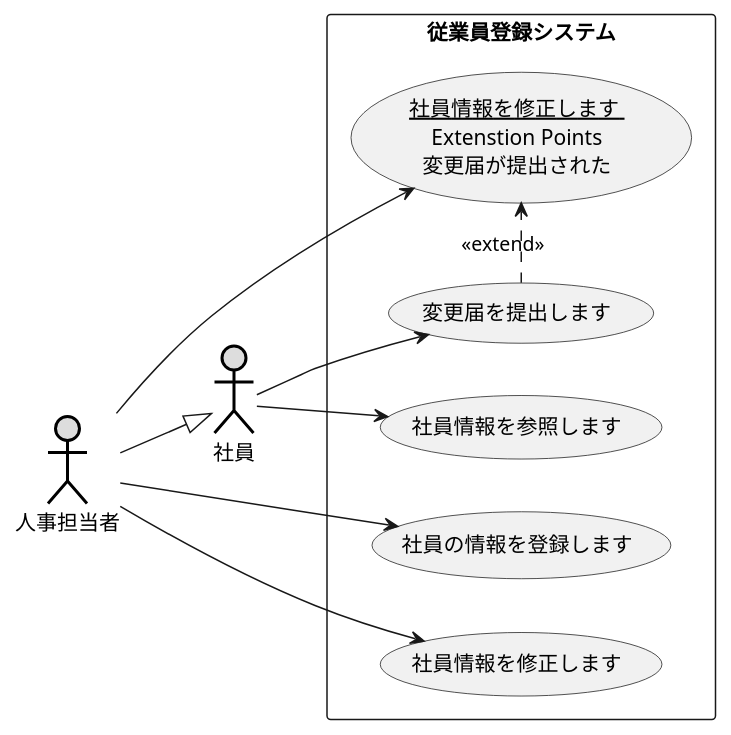
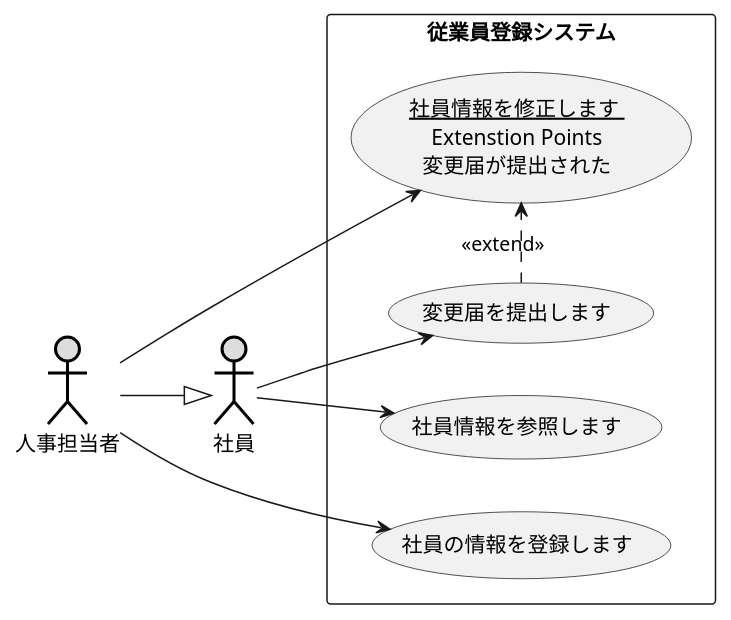
The diagram in 演習2-6_盛岡システム_従業員登録システム.pu (YumaSatou/uml-introduction), drawn with PlantUML before and after one commit.

Commit message:
間違っていた所の修正

```diff
--- a/演習2-6_盛岡システム_従業員登録システム.pu
+++ b/演習2-6_盛岡システム_従業員登録システム.pu
@@ -1,19 +1,19 @@
 @startuml ユースケース図
 left to right direction
 actor 人事担当者#DDDDDD;line:black;line.bold;
 actor 社員#DDDDDD;line:black;line.bold;
 rectangle 従業員登録システム{
 usecase 社員の情報を登録します
 usecase 社員情報を参照します
 usecase (<u>社員情報を修正します<u> \nExtenstion Points\n変更届が提出された) as input
-usecase 社員情報を修正します
+
 usecase 変更届を提出します
 }
 人事担当者--> 社員の情報を登録します
-人事担当者--> 社員情報を修正します
+
 社員 --> 社員情報を参照します 
 社員 --> 変更届を提出します
-変更届を提出します .> input: <<extend>>
+変更届を提出します .> input: << extend >>
 人事担当者--> input
 人事担当者 --|> 社員
 @enduml
```
